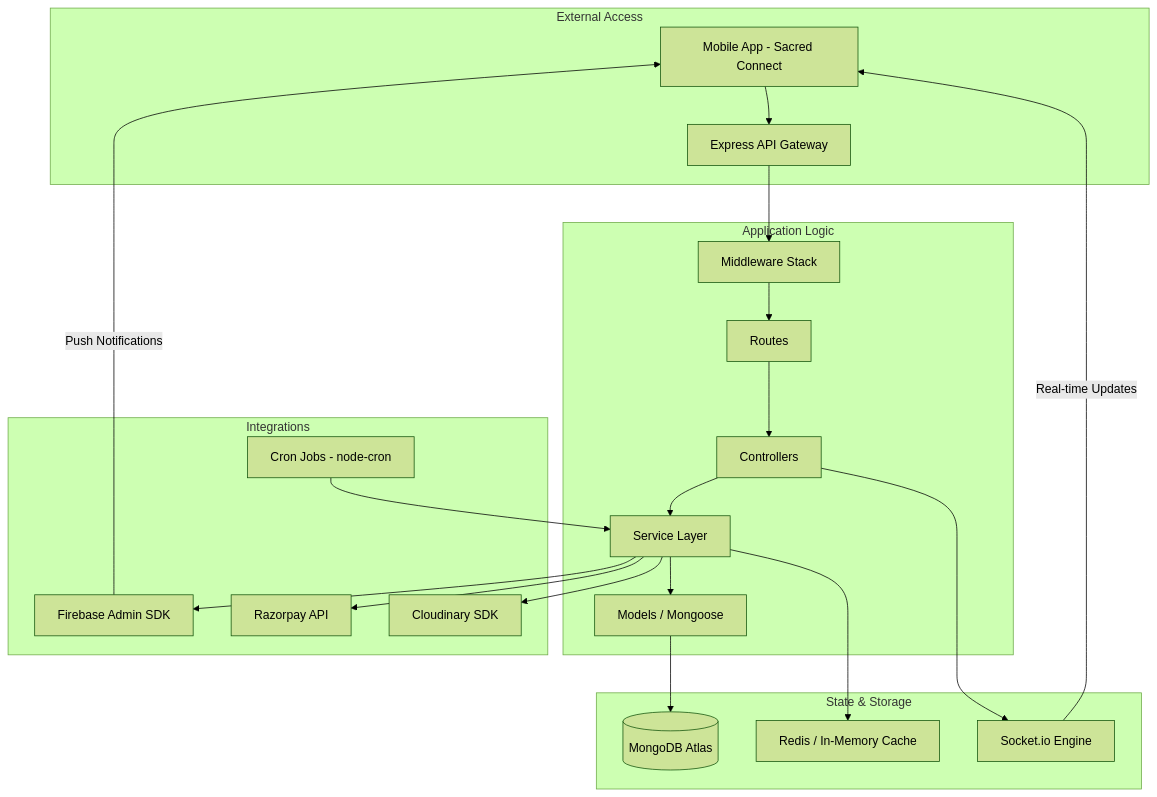
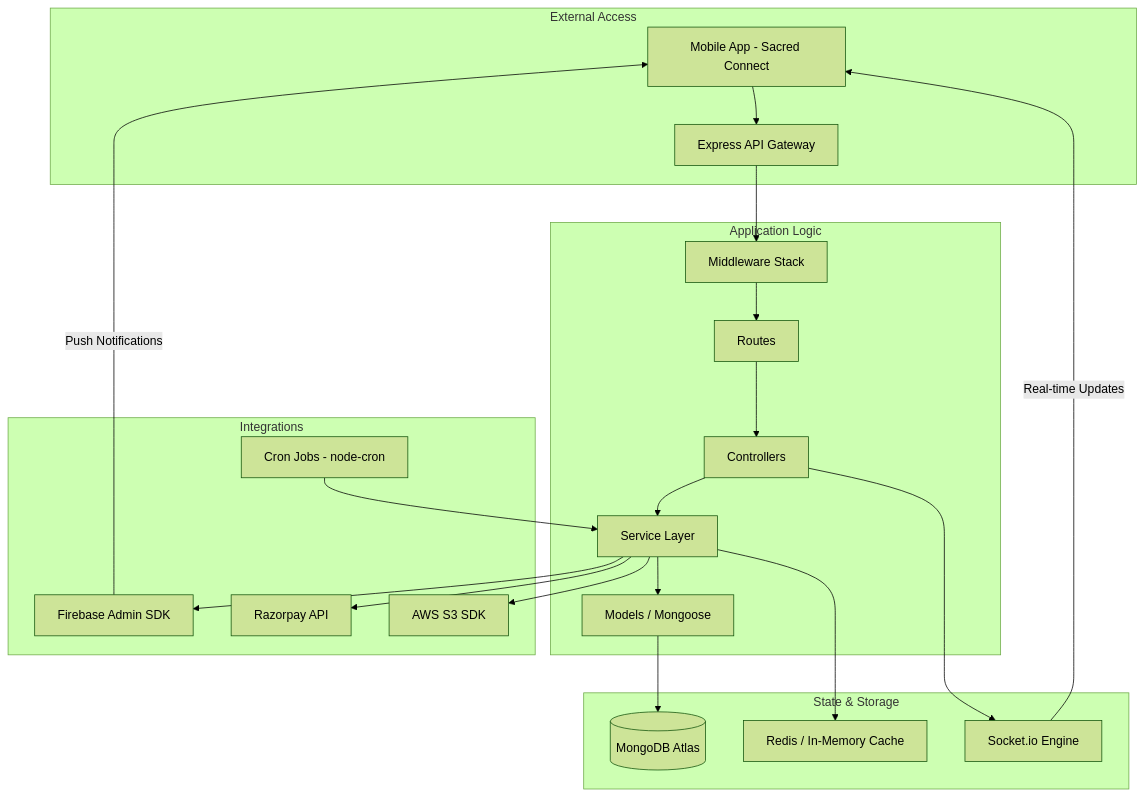
One commit to BMPdev25/BMPserver changed the diagram in README.md. Above: the diagram before and after it, drawn with Mermaid (forest theme). The commit also changed other lines of this file and 27 other files, not shown here.

````diff
--- a/README.md
+++ b/README.md
@@ -18,30 +18,30 @@
 ```mermaid
 graph TD
     subgraph "External Access"
         A[Mobile App - Sacred Connect] --> B[Express API Gateway]
     end
 
     subgraph "Application Logic"
         B --> C[Middleware Stack]
         C --> D[Routes]
         D --> E[Controllers]
         E --> F[Service Layer]
         F --> G[Models / Mongoose]
     end
 
     subgraph "State & Storage"
         G --> H[(MongoDB Atlas)]
         F --> I[Redis / In-Memory Cache]
         E --> J[Socket.io Engine]
     end
 
     subgraph "Integrations"
         F --> K[Firebase Admin SDK]
         F --> L[Razorpay API]
-        F --> M[Cloudinary SDK]
+        F --> M[AWS S3 SDK]
         N[Cron Jobs - node-cron] --> F
     end
 
     J -- Real-time Updates --> A
     K -- Push Notifications --> A
 ```
````
